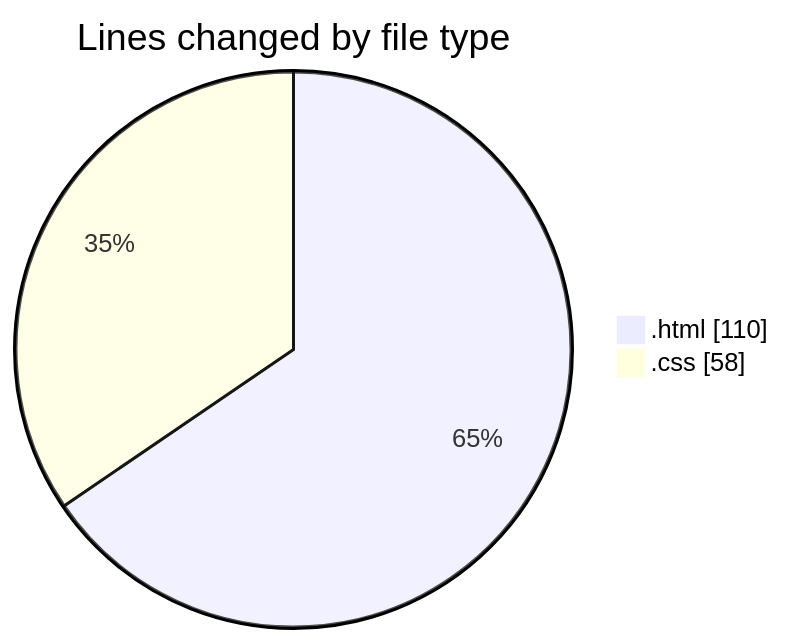
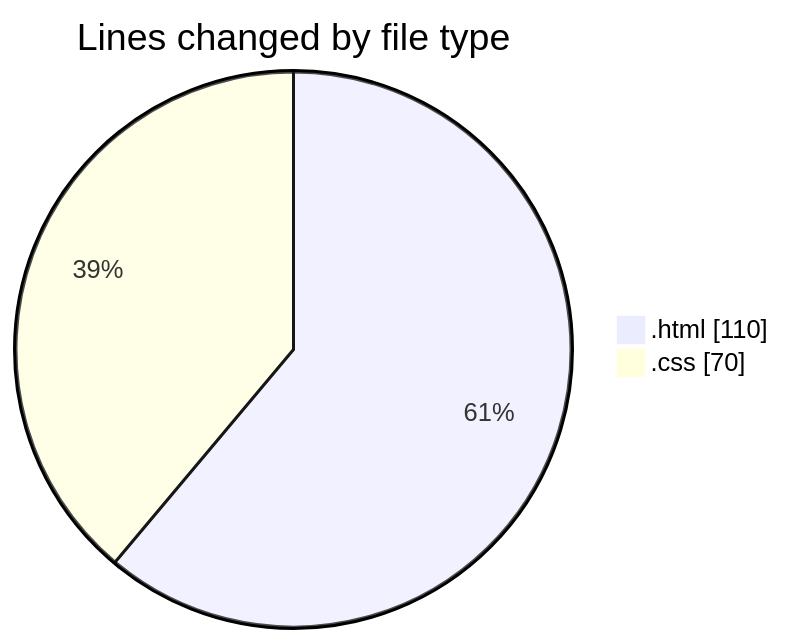
The first of 2 diagrams in 2025-04-14/portfolio/README.md (CELIANVF/code-tracking), drawn with Mermaid before and after one commit. The commit also changed other lines of this file and 1 other file, not shown here.

````diff
--- a/2025-04-14/portfolio/README.md
+++ b/2025-04-14/portfolio/README.md
@@ -24,6 +24,6 @@
 ```mermaid
 pie showData
 title Lines changed by file type
 ".html" : 110
-".css" : 58
+".css" : 70
 ```
````
